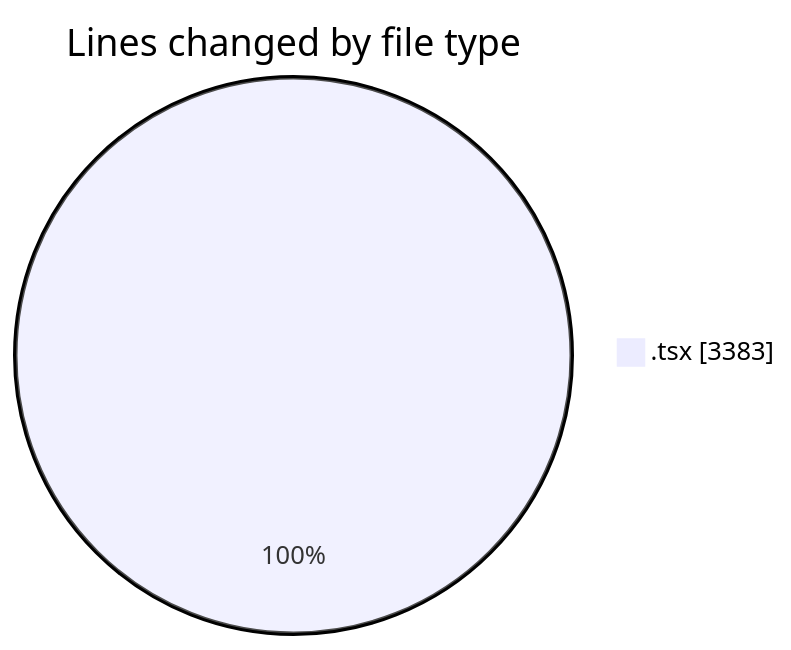
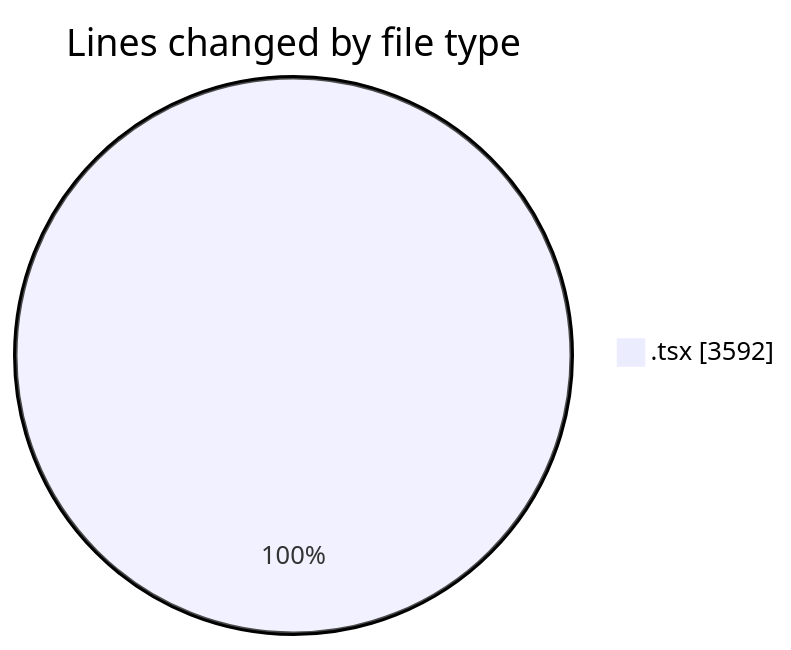
The first of 2 diagrams in 2026-04-09/airfeed-analytics-dashboard/README.md (nxtqubesakshisongat/code-tracking), drawn with Mermaid before and after one commit. The commit also changed other lines of this file and 1 other file, not shown here.

````diff
--- a/2026-04-09/airfeed-analytics-dashboard/README.md
+++ b/2026-04-09/airfeed-analytics-dashboard/README.md
@@ -27,5 +29,5 @@
 ```mermaid
 pie showData
 title Lines changed by file type
-".tsx" : 3383
+".tsx" : 3592
 ```
````
